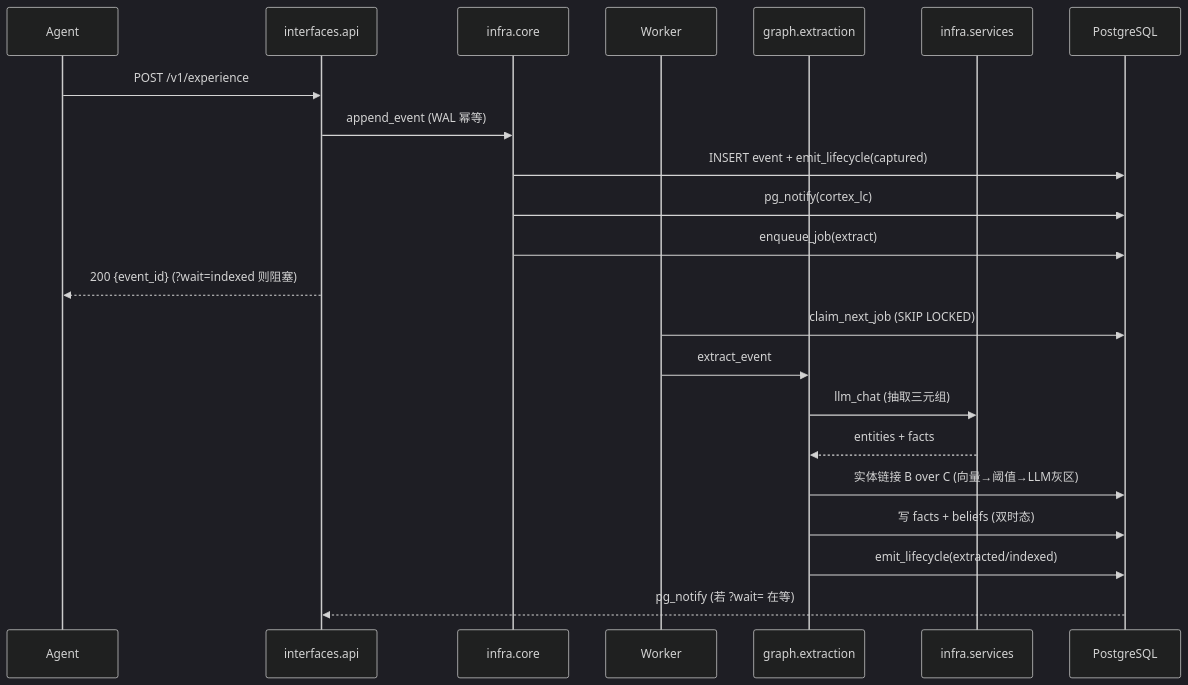
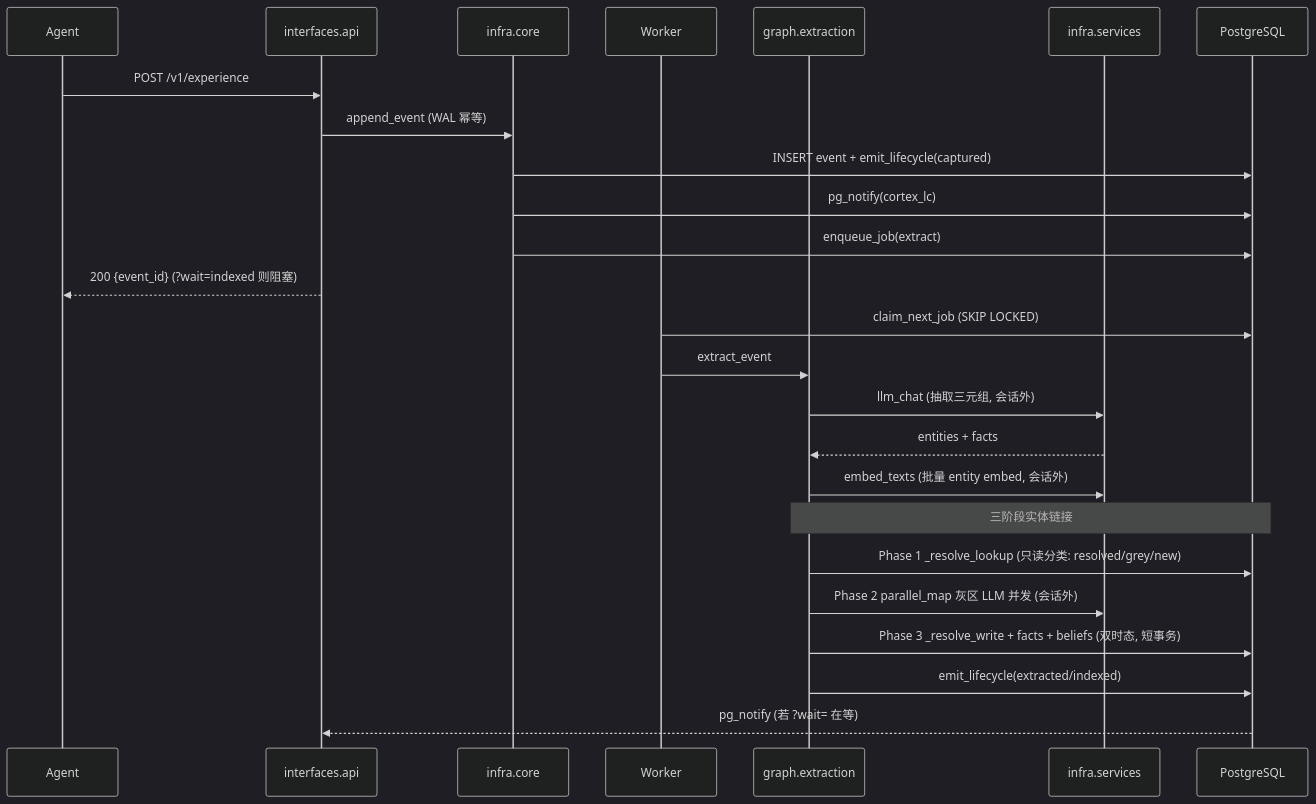
One commit to pty819/cortex-py-book changed the seventh of 11 diagrams in source/chapters/23-architecture-diagrams.md. Above: the diagram before and after it, drawn with Mermaid (dark theme). The commit also changed other lines of this file and 10 other files, not shown here.

````diff
--- a/source/chapters/23-architecture-diagrams.md
+++ b/source/chapters/23-architecture-diagrams.md
@@ -403,26 +404,29 @@
 ```{mermaid}
 sequenceDiagram
     participant A as Agent
     participant API as interfaces.api
     participant CORE as infra.core
     participant WK as Worker
     participant EXT as graph.extraction
     participant SVC as infra.services
     participant DB as PostgreSQL
 
     A->>API: POST /v1/experience
     API->>CORE: append_event (WAL 幂等)
     CORE->>DB: INSERT event + emit_lifecycle(captured)
     CORE->>DB: pg_notify(cortex_lc)
     CORE->>DB: enqueue_job(extract)
     API-->>A: 200 {event_id} (?wait=indexed 则阻塞)
 
     WK->>DB: claim_next_job (SKIP LOCKED)
     WK->>EXT: extract_event
-    EXT->>SVC: llm_chat (抽取三元组)
+    EXT->>SVC: llm_chat (抽取三元组, 会话外)
     SVC-->>EXT: entities + facts
-    EXT->>DB: 实体链接 B over C (向量→阈值→LLM灰区)
-    EXT->>DB: 写 facts + beliefs (双时态)
+    EXT->>SVC: embed_texts (批量 entity embed, 会话外)
+    Note over EXT,DB: 三阶段实体链接
+    EXT->>DB: Phase 1 _resolve_lookup (只读分类: resolved/grey/new)
+    EXT->>SVC: Phase 2 parallel_map 灰区 LLM 并发 (会话外)
+    EXT->>DB: Phase 3 _resolve_write + facts + beliefs (双时态, 短事务)
     EXT->>DB: emit_lifecycle(extracted/indexed)
     DB-->>API: pg_notify (若 ?wait= 在等)
 ```
````
